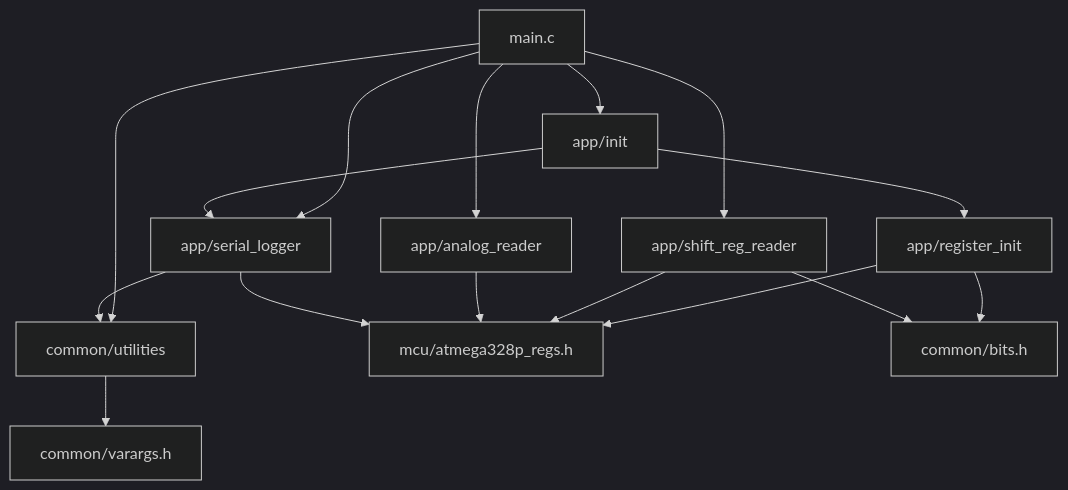
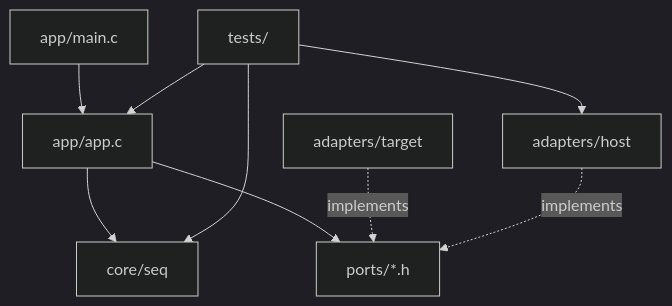
Before and after one commit to BonelessPig/nano_sequencer: the first of 2 diagrams in docs/ARCHITECTURE.md, drawn with Mermaid (dark theme). The commit also changed other lines of this file and 1 other file, not shown here.

First line of the commit message:
Update README and architecture doc for ports and adapters

````diff
--- a/docs/ARCHITECTURE.md
+++ b/docs/ARCHITECTURE.md
@@ -22,18 +23,11 @@
 ```mermaid
 graph TD
-    main[main.c] --> init[app/init]
-    main --> shift[app/shift_reg_reader]
-    main --> adc[app/analog_reader]
-    main --> log[app/serial_logger]
-    main --> util[common/utilities]
-    init --> log
-    init --> reginit[app/register_init]
-    log --> util
-    util --> varargs[common/varargs.h]
-    reginit --> regs[mcu/atmega328p_regs.h]
-    reginit --> bits[common/bits.h]
-    shift --> regs
-    shift --> bits
-    adc --> regs
-    log --> regs
+    main[app/main.c] --> app[app/app.c]
+    app --> core[core/seq]
+    app --> ports[ports/*.h]
+    target[adapters/target] -. implements .-> ports
+    host[adapters/host] -. implements .-> ports
+    tests[tests/] --> app
+    tests --> core
+    tests --> host
 ```
````
